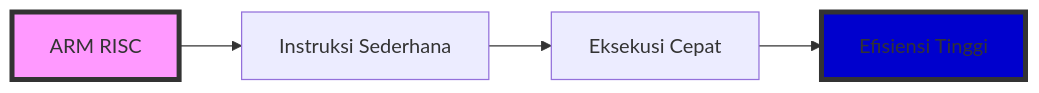
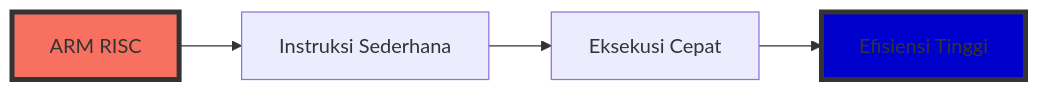
Before and after one commit to Nichoa/presentasi_arm_slide: the first of 2 diagrams in presentasi.md, drawn with Mermaid.

````diff
--- a/presentasi.md
+++ b/presentasi.md
@@ -64,9 +64,9 @@
 ```mermaid
 graph LR
     A[ARM RISC] --> B[Instruksi Sederhana]
     B --> C[Eksekusi Cepat]
     C --> D[Efisiensi Tinggi]
     
-    style A fill:#f9f,stroke:#333,stroke-width:4px
+    style A fill:#F87060,stroke:#333,stroke-width:4px
     style D fill:#0000CD,stroke:#333,stroke-width:4px
 ```
````
